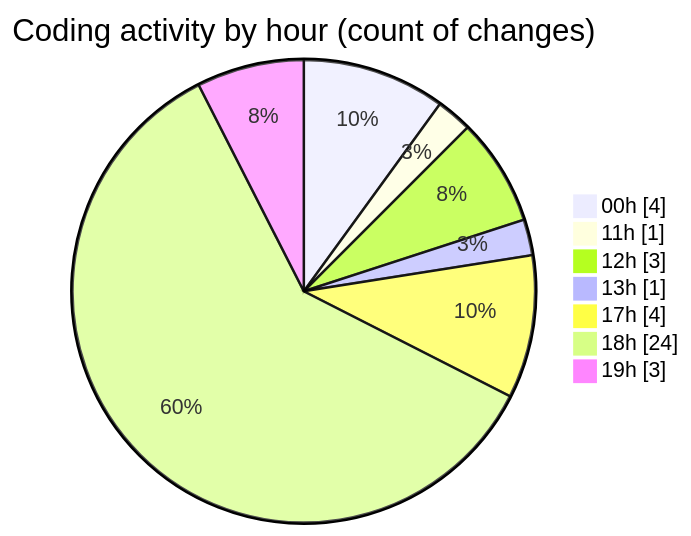
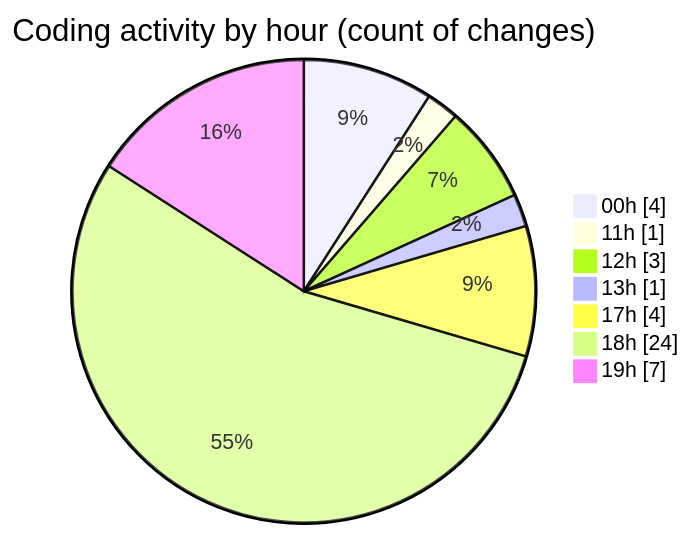
The second of 2 diagrams in 2025-11-19/eventscop-api-guide__workspace_/README.md (julien-gomy/code-tracking), drawn with Mermaid before and after one commit. The commit also changed other lines of this file and 1 other file, not shown here.

````diff
--- a/2025-11-19/eventscop-api-guide__workspace_/README.md
+++ b/2025-11-19/eventscop-api-guide__workspace_/README.md
@@ -33,11 +35,11 @@
 ```mermaid
 pie showData
 title Coding activity by hour (count of changes)
 "00h" : 4
 "11h" : 1
 "12h" : 3
 "13h" : 1
 "17h" : 4
 "18h" : 24
-"19h" : 3
+"19h" : 7
 ```
````
